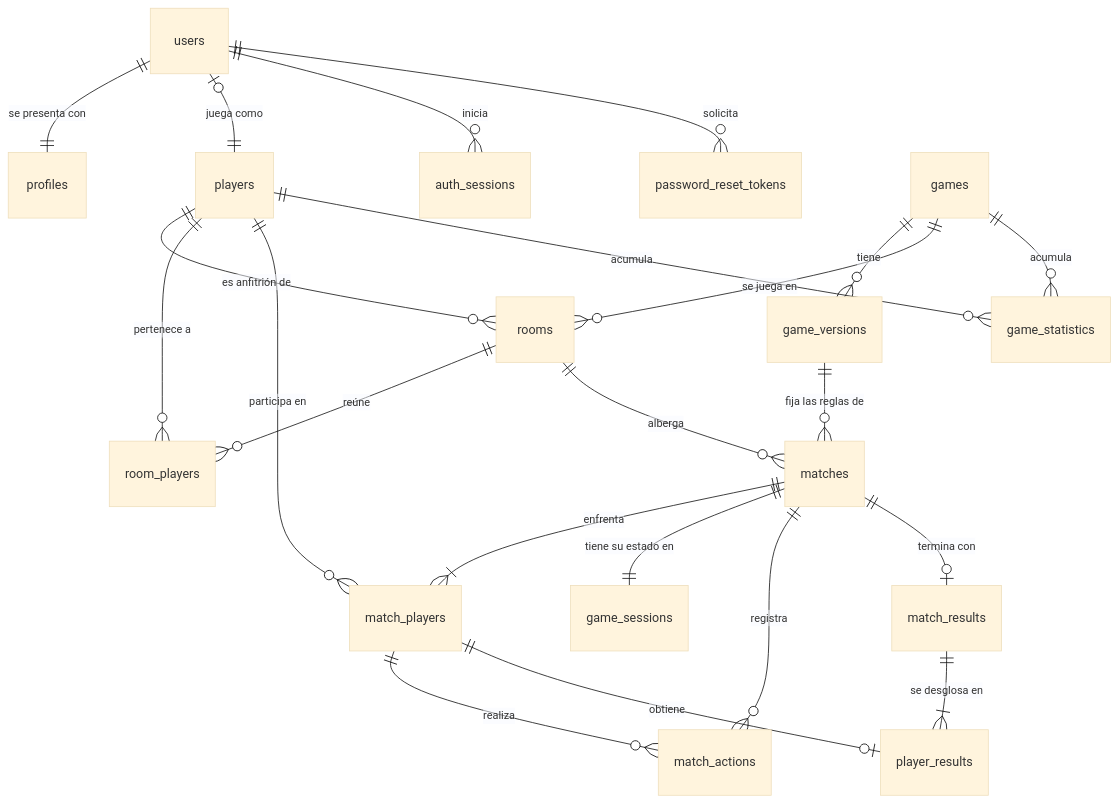
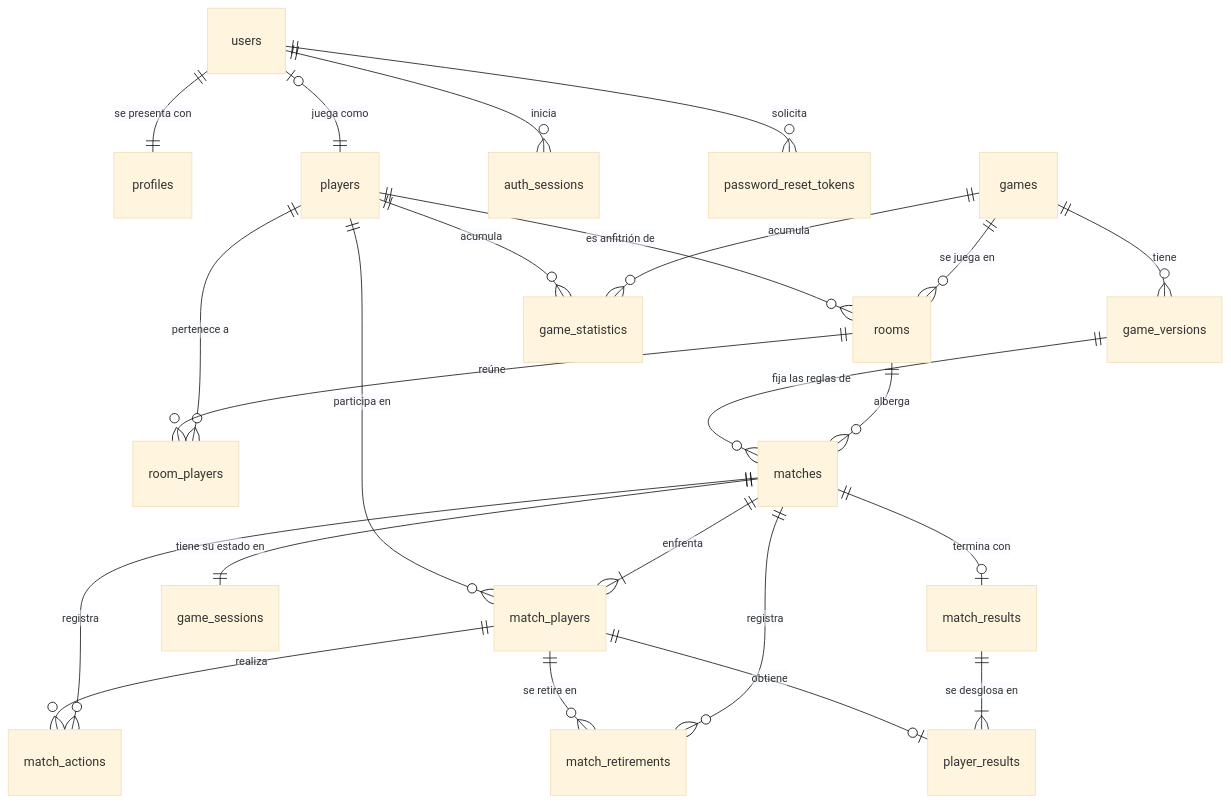
Before and after one commit to Ferchoner/gameboard-coliseum-arena: the diagram in docs/03-dominio-datos.md, drawn with Mermaid (base theme). The commit also changed other lines of this file and 44 other files, not shown here.

````diff
--- a/docs/03-dominio-datos.md
+++ b/docs/03-dominio-datos.md
@@ -34,29 +34,31 @@
 ```mermaid
 erDiagram
     users ||--|| profiles : "se presenta con"
     users |o--|| players : "juega como"
     users ||--o{ auth_sessions : "inicia"
     users ||--o{ password_reset_tokens : "solicita"
 
     games ||--o{ game_versions : "tiene"
     games ||--o{ rooms : "se juega en"
     games ||--o{ game_statistics : "acumula"
 
     players ||--o{ rooms : "es anfitrión de"
     players ||--o{ room_players : "pertenece a"
     rooms ||--o{ room_players : "reúne"
 
     rooms ||--o{ matches : "alberga"
     game_versions ||--o{ matches : "fija las reglas de"
     matches ||--|{ match_players : "enfrenta"
     players ||--o{ match_players : "participa en"
 
     matches ||--|| game_sessions : "tiene su estado en"
     matches ||--o{ match_actions : "registra"
     match_players ||--o{ match_actions : "realiza"
+    matches ||--o{ match_retirements : "registra"
+    match_players ||--o{ match_retirements : "se retira en"
 
     matches ||--o| match_results : "termina con"
     match_results ||--|{ player_results : "se desglosa en"
     match_players ||--o| player_results : "obtiene"
     players ||--o{ game_statistics : "acumula"
 ```
````
